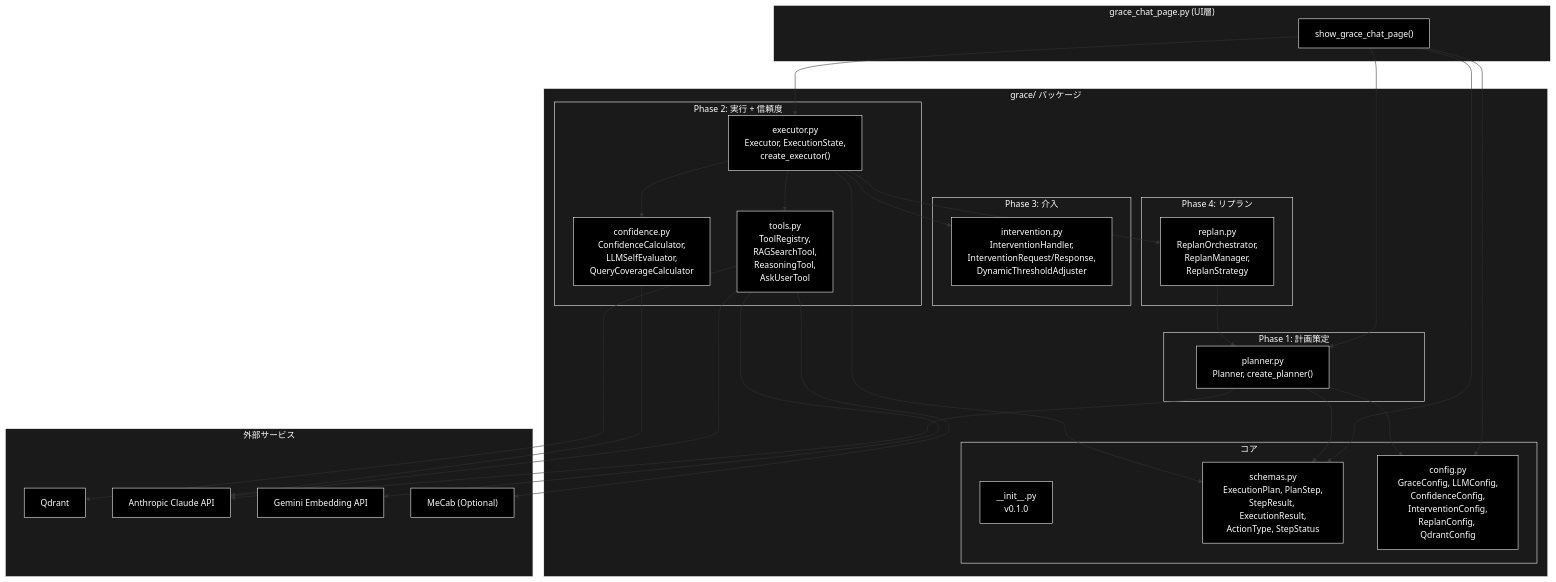
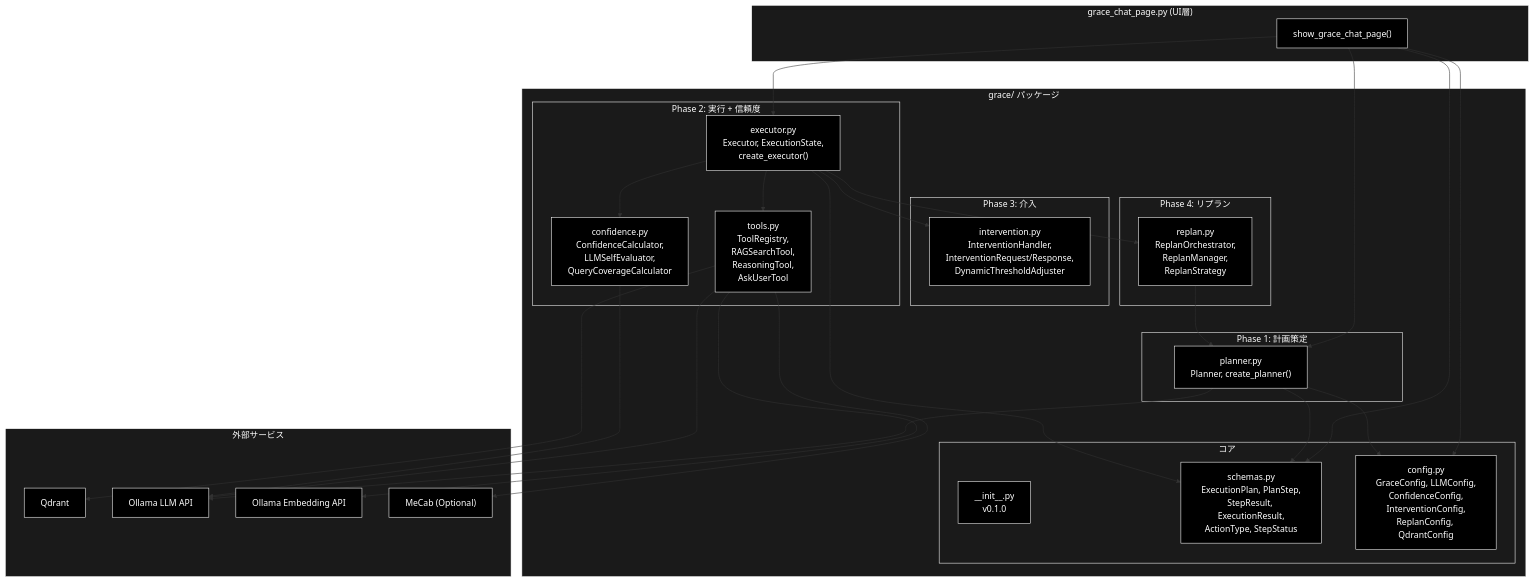
One commit to nakashima2toshio/ollama_grace_agent_v2 changed the ninth of 13 diagrams in README.md. Above: the diagram before and after it, drawn with Mermaid. The commit also changed other lines of this file and 5 other files, not shown here.

First line of the commit message:
docs(readme): Ollama ネイティブ化（README*.md の Anthropic/Gemini/OpenAI 表記を統一）

````diff
--- a/README.md
+++ b/README.md
@@ -1304,73 +1303,73 @@
 ```mermaid
 flowchart TB
     subgraph UI["grace_chat_page.py (UI層)"]
         Page["show_grace_chat_page()"]
     end
 
     subgraph GracePackage["grace/ パッケージ"]
         subgraph Core["コア"]
             Init["__init__.py<br/>v0.1.0"]
             Schemas["schemas.py<br/>ExecutionPlan, PlanStep,<br/>StepResult, ExecutionResult,<br/>ActionType, StepStatus"]
             Config["config.py<br/>GraceConfig, LLMConfig,<br/>ConfidenceConfig,<br/>InterventionConfig,<br/>ReplanConfig, QdrantConfig"]
         end
 
         subgraph Phase1["Phase 1: 計画策定"]
             PlannerMod["planner.py<br/>Planner, create_planner()"]
         end
 
         subgraph Phase2["Phase 2: 実行 + 信頼度"]
             ExecutorMod["executor.py<br/>Executor, ExecutionState,<br/>create_executor()"]
             ToolsMod["tools.py<br/>ToolRegistry,<br/>RAGSearchTool,<br/>ReasoningTool,<br/>AskUserTool"]
             ConfMod["confidence.py<br/>ConfidenceCalculator,<br/>LLMSelfEvaluator,<br/>QueryCoverageCalculator"]
         end
 
         subgraph Phase3["Phase 3: 介入"]
             IntervMod["intervention.py<br/>InterventionHandler,<br/>InterventionRequest/Response,<br/>DynamicThresholdAdjuster"]
         end
 
         subgraph Phase4["Phase 4: リプラン"]
             ReplanMod["replan.py<br/>ReplanOrchestrator,<br/>ReplanManager,<br/>ReplanStrategy"]
         end
     end
 
     subgraph External["外部サービス"]
         Qdrant["Qdrant"]
-        ClaudeAPI["Anthropic Claude API"]
-        GeminiEmbed["Gemini Embedding API"]
+        ClaudeAPI["Ollama LLM API"]
+        GeminiEmbed["Ollama Embedding API"]
         MeCab["MeCab (Optional)"]
     end
 
     Page --> PlannerMod
     Page --> ExecutorMod
     Page --> Schemas
     Page --> Config
 
     PlannerMod --> Schemas
     PlannerMod --> Config
     PlannerMod --> ClaudeAPI
 
     ExecutorMod --> ToolsMod
     ExecutorMod --> ConfMod
     ExecutorMod --> IntervMod
     ExecutorMod --> ReplanMod
     ExecutorMod --> Schemas
 
     ToolsMod --> Qdrant
     ToolsMod --> ClaudeAPI
     ToolsMod --> GeminiEmbed
     ToolsMod --> MeCab
 
     ConfMod --> ClaudeAPI
     ReplanMod --> PlannerMod
 classDef default fill:#000,stroke:#fff,color:#fff
 classDef subgraphStyle fill:#1a1a1a,stroke:#fff,color:#fff
 class Page,Init,Schemas,Config,PlannerMod,ExecutorMod,ToolsMod,ConfMod,IntervMod,ReplanMod,Qdrant,ClaudeAPI,GeminiEmbed,MeCab default
 style UI fill:#1a1a1a,stroke:#fff,color:#fff
 style GracePackage fill:#1a1a1a,stroke:#fff,color:#fff
 style Core fill:#1a1a1a,stroke:#fff,color:#fff
 style Phase1 fill:#1a1a1a,stroke:#fff,color:#fff
 style Phase2 fill:#1a1a1a,stroke:#fff,color:#fff
 style Phase3 fill:#1a1a1a,stroke:#fff,color:#fff
 style Phase4 fill:#1a1a1a,stroke:#fff,color:#fff
 style External fill:#1a1a1a,stroke:#fff,color:#fff
 ```
````
